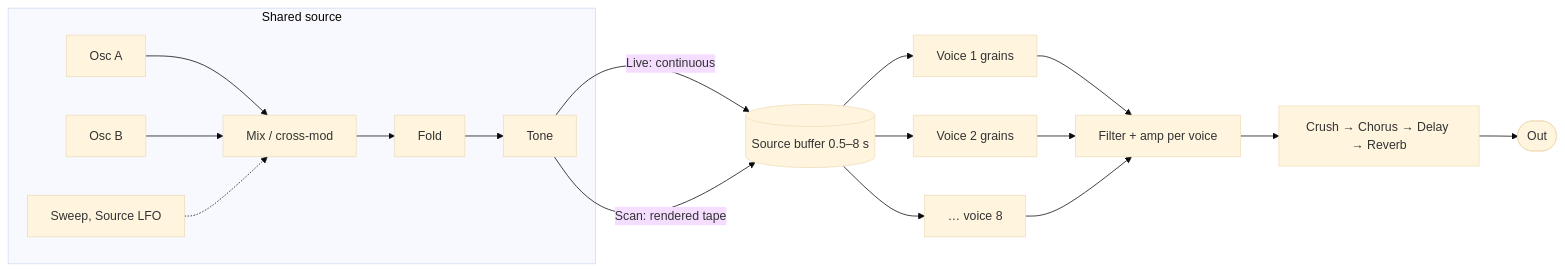
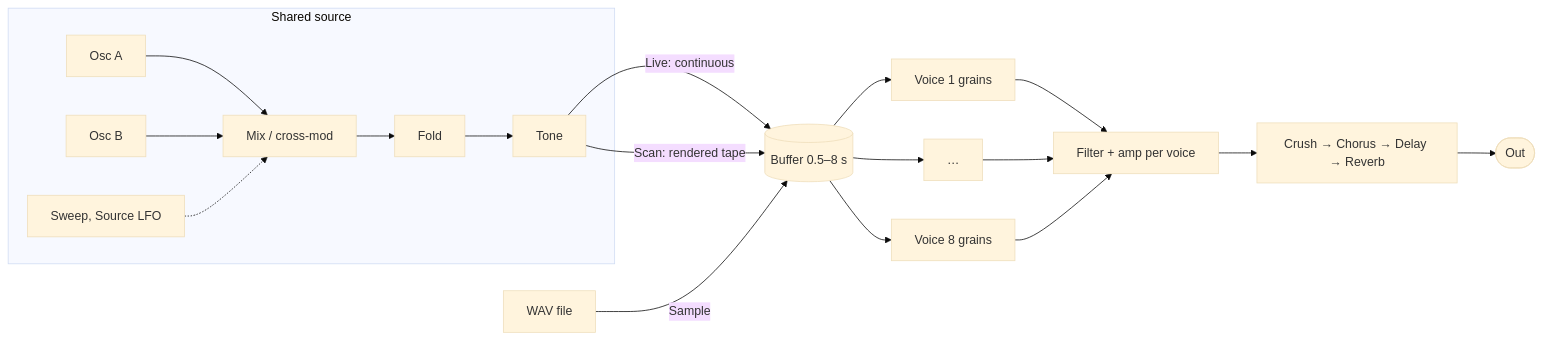
One commit to klaine/drizzle changed the diagram in README.md. Above: the diagram before and after it, drawn with Mermaid (base theme). The commit also changed other lines of this file and 8 other files, not shown here.

````diff
--- a/README.md
+++ b/README.md
@@ -16,18 +37,19 @@
 ```mermaid
 flowchart LR
     subgraph src [Shared source]
         A[Osc A] --> MIX[Mix / cross-mod]
         B[Osc B] --> MIX
         MIX --> FOLD[Fold] --> TONE[Tone]
         SW[Sweep, Source LFO] -.-> MIX
     end
-    TONE -->|Live: continuous| BUF[(Source buffer 0.5–8 s)]
+    TONE -->|Live: continuous| BUF[(Buffer 0.5–8 s)]
     TONE -->|Scan: rendered tape| BUF
+    WAV[WAV file] -->|Sample| BUF
     BUF --> V1[Voice 1 grains]
-    BUF --> V2[Voice 2 grains]
-    BUF --> V8[… voice 8]
+    BUF --> V2[…]
+    BUF --> V8[Voice 8 grains]
     V1 --> F[Filter + amp per voice]
     V2 --> F
     V8 --> F
     F --> FX[Crush → Chorus → Delay → Reverb] --> OUT([Out])
 ```
````
